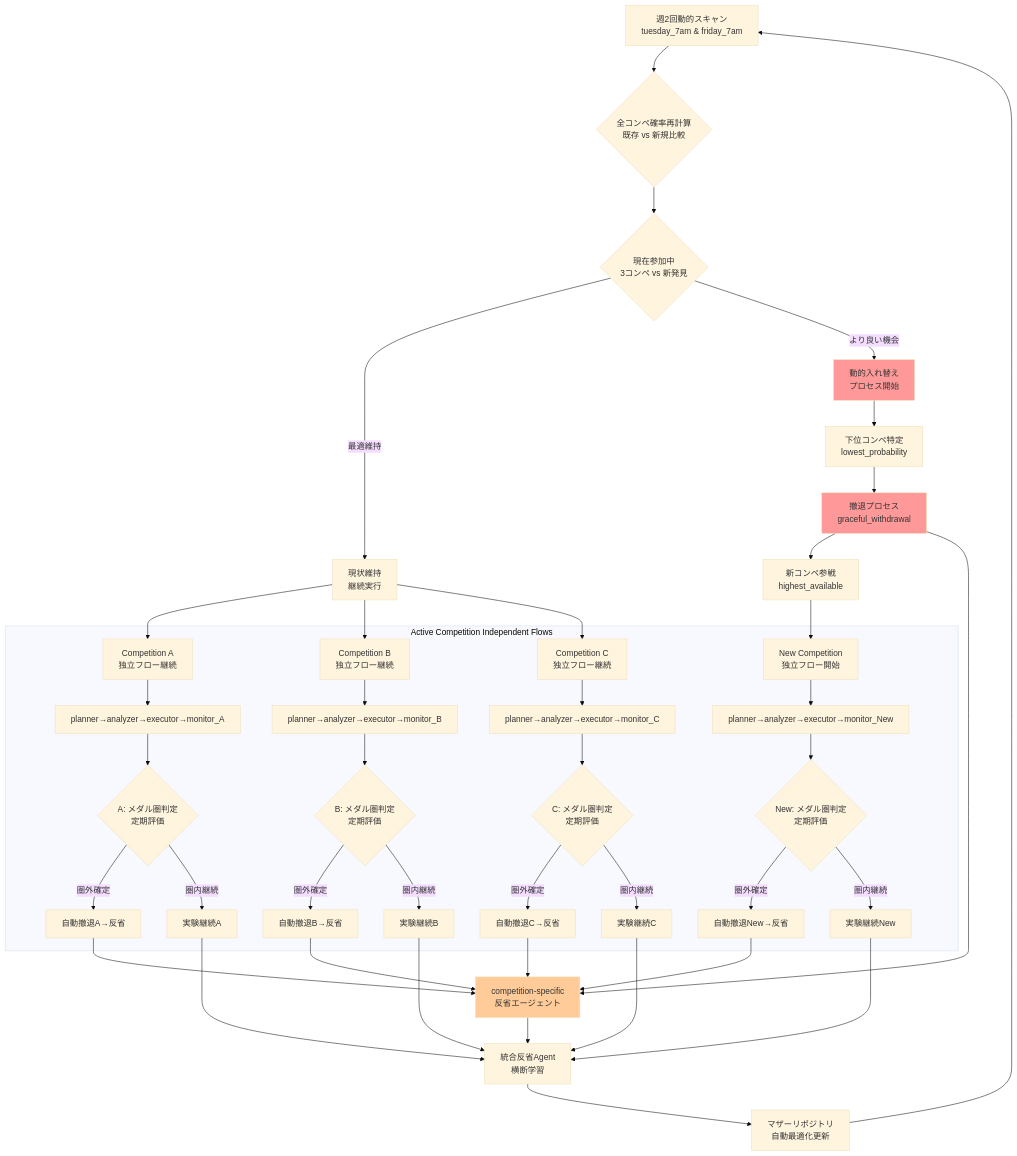
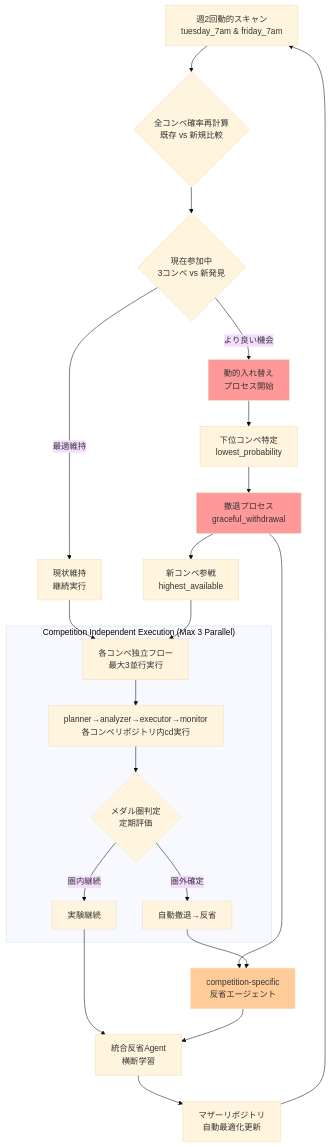
Before and after one commit to hkrhd/kaggle-claude-mother: the diagram in README.md, drawn with Mermaid (base theme). The commit also changed other lines of this file, not shown here.

````diff
--- a/README.md
+++ b/README.md
@@ -275,57 +353,34 @@
 ```mermaid
 graph TB
     A[週2回動的スキャン<br/>tuesday_7am & friday_7am] --> B{全コンペ確率再計算<br/>既存 vs 新規比較}
     B --> C{現在参加中<br/>3コンペ vs 新発見}
     
     C -->|最適維持| D[現状維持<br/>継続実行]
     C -->|より良い機会| E[動的入れ替え<br/>プロセス開始]
     
     E --> F[下位コンペ特定<br/>lowest_probability]
     F --> G[撤退プロセス<br/>graceful_withdrawal]
     G --> H[新コンペ参戦<br/>highest_available]
     
-    D --> D1[Competition A<br/>独立フロー継続]
-    D --> D2[Competition B<br/>独立フロー継続]  
-    D --> D3[Competition C<br/>独立フロー継続]
+    D --> I[各コンペ独立フロー<br/>最大3並行実行]
+    H --> I
     
-    H --> H1[New Competition<br/>独立フロー開始]
-    
-    subgraph "Active Competition Independent Flows"
-        D1 --> E1[planner→analyzer→executor→monitor_A]
-        D2 --> E2[planner→analyzer→executor→monitor_B]
-        D3 --> E3[planner→analyzer→executor→monitor_C]
-        H1 --> E4[planner→analyzer→executor→monitor_New]
-        
-        E1 --> I1{A: メダル圏判定<br/>定期評価}
-        E2 --> I2{B: メダル圏判定<br/>定期評価}
-        E3 --> I3{C: メダル圏判定<br/>定期評価}
-        E4 --> I4{New: メダル圏判定<br/>定期評価}
-        
-        I1 -->|圏外確定| J1[自動撤退A→反省]
-        I1 -->|圏内継続| K1[実験継続A]
-        I2 -->|圏外確定| J2[自動撤退B→反省]  
-        I2 -->|圏内継続| K2[実験継続B]
-        I3 -->|圏外確定| J3[自動撤退C→反省]
-        I3 -->|圏内継続| K3[実験継続C]
-        I4 -->|圏外確定| J4[自動撤退New→反省]
-        I4 -->|圏内継続| K4[実験継続New]
+    subgraph "Competition Independent Execution (Max 3 Parallel)"
+        I --> J[planner→analyzer→executor→monitor<br/>各コンペリポジトリ内cd実行]
+        J --> K{メダル圏判定<br/>定期評価}
+        K -->|圏外確定| L[自動撤退→反省]
+        K -->|圏内継続| M[実験継続]
     end
     
-    G --> L[competition-specific<br/>反省エージェント]
-    J1 --> L
-    J2 --> L  
-    J3 --> L
-    J4 --> L
-    K1 --> M[統合反省Agent<br/>横断学習]
-    K2 --> M
-    K3 --> M
-    K4 --> M
+    G --> N[competition-specific<br/>反省エージェント]
+    L --> N
+    M --> O[統合反省Agent<br/>横断学習]
     
-    L --> M
-    M --> N[マザーリポジトリ<br/>自動最適化更新]
-    N --> A
+    N --> O
+    O --> P[マザーリポジトリ<br/>自動最適化更新]
+    P --> A
     
     style E fill:#ff9999
     style G fill:#ff9999
-    style L fill:#ffcc99
+    style N fill:#ffcc99
 ```
````
